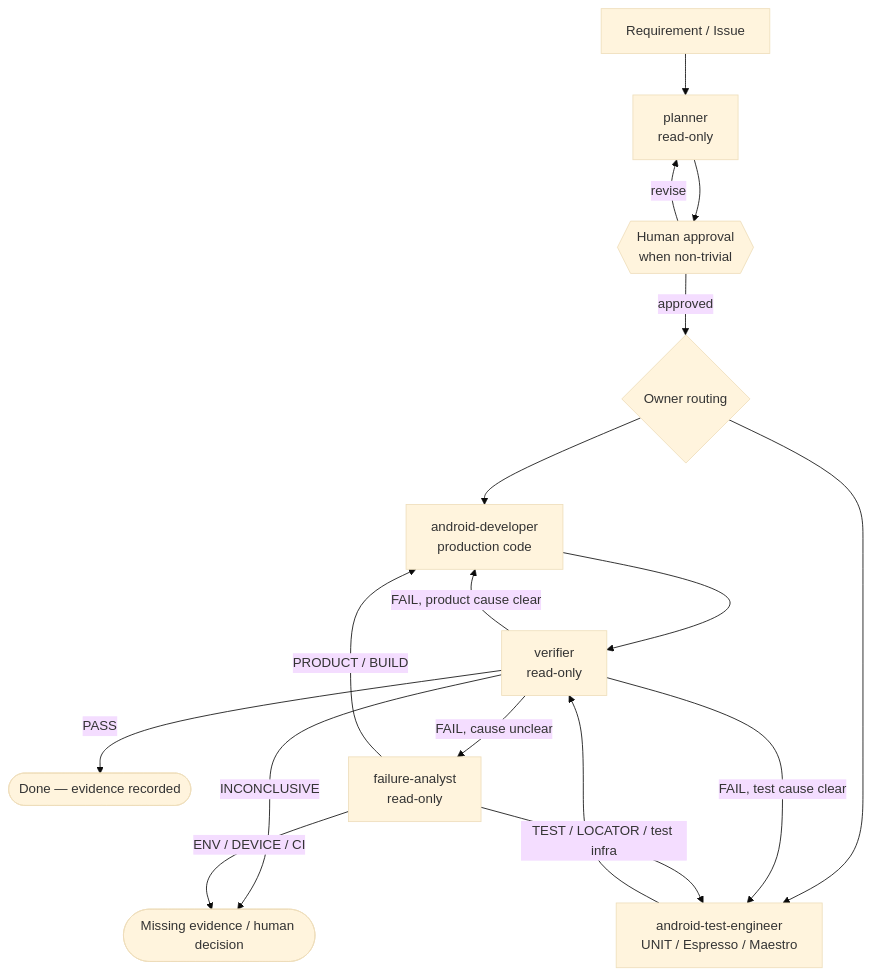
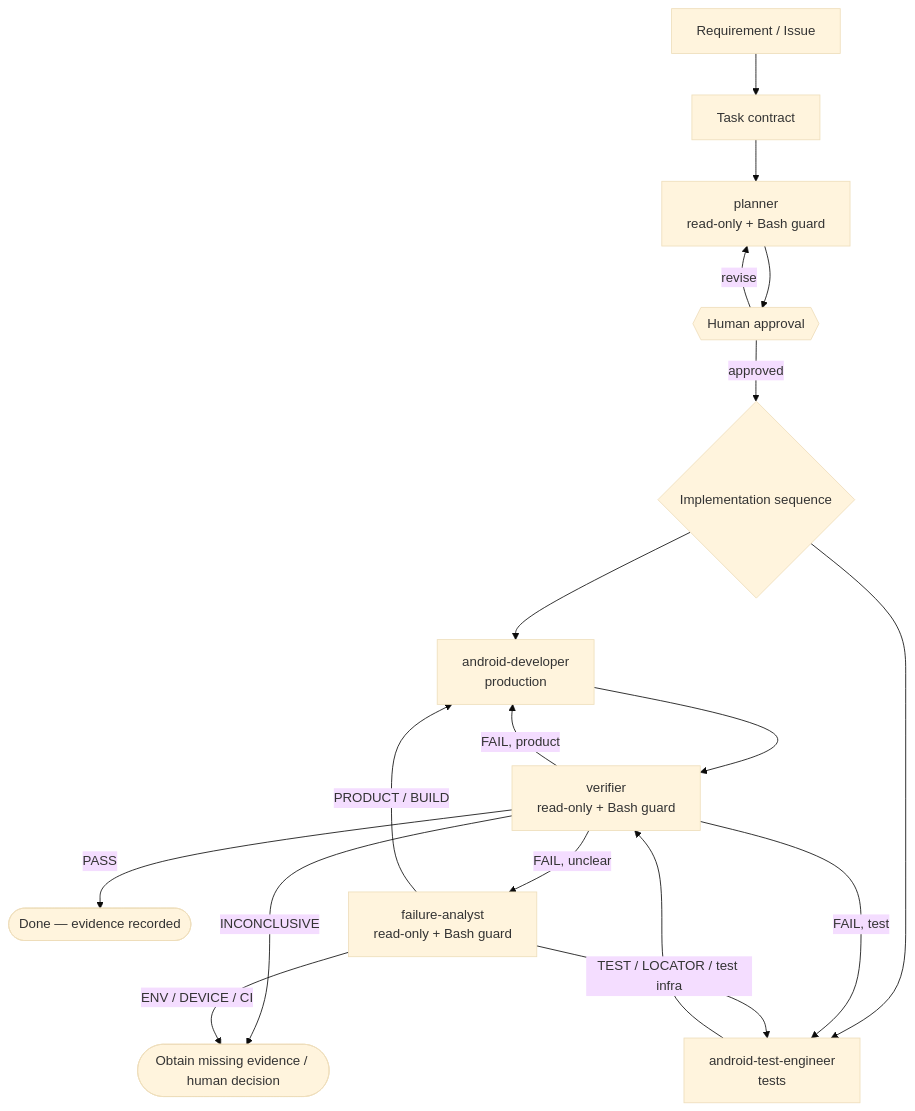
One commit to si13n/si13-android changed the first of 3 diagrams in docs/architecture.md. Above: the diagram before and after it, drawn with Mermaid (base theme). The commit also changed other lines of this file and 6 other files, not shown here.

````diff
--- a/docs/architecture.md
+++ b/docs/architecture.md
@@ -5,19 +5,20 @@
 ```mermaid
 flowchart TD
-    R[Requirement / Issue] --> P[planner<br/>read-only]
-    P --> G{{Human approval<br/>when non-trivial}}
+    R[Requirement / Issue] --> C[Task contract]
+    C --> P[planner<br/>read-only + Bash guard]
+    P --> G{{Human approval}}
     G -->|revise| P
-    G -->|approved| ROUTE{Owner routing}
-    ROUTE --> D[android-developer<br/>production code]
-    ROUTE --> T[android-test-engineer<br/>UNIT / Espresso / Maestro]
-    D --> V[verifier<br/>read-only]
+    G -->|approved| S{Implementation sequence}
+    S --> D[android-developer<br/>production]
+    S --> T[android-test-engineer<br/>tests]
+    D --> V[verifier<br/>read-only + Bash guard]
     T --> V
     V -->|PASS| DONE([Done — evidence recorded])
-    V -->|INCONCLUSIVE| H([Missing evidence / human decision])
-    V -->|FAIL, cause unclear| F[failure-analyst<br/>read-only]
-    V -->|FAIL, product cause clear| D
-    V -->|FAIL, test cause clear| T
+    V -->|INCONCLUSIVE| H([Obtain missing evidence / human decision])
+    V -->|FAIL, unclear| F[failure-analyst<br/>read-only + Bash guard]
+    V -->|FAIL, product| D
+    V -->|FAIL, test| T
     F -->|PRODUCT / BUILD| D
     F -->|TEST / LOCATOR / test infra| T
     F -->|ENV / DEVICE / CI| H
 ```
````
